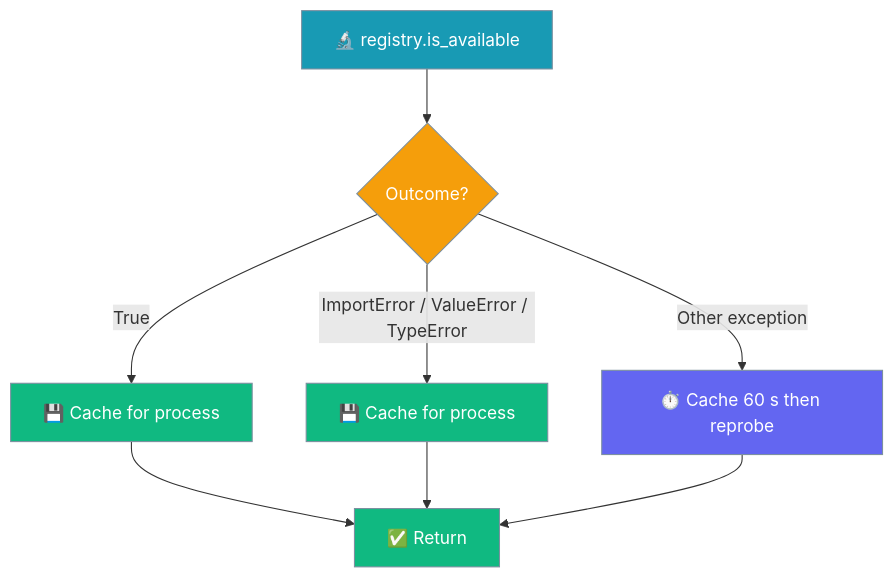
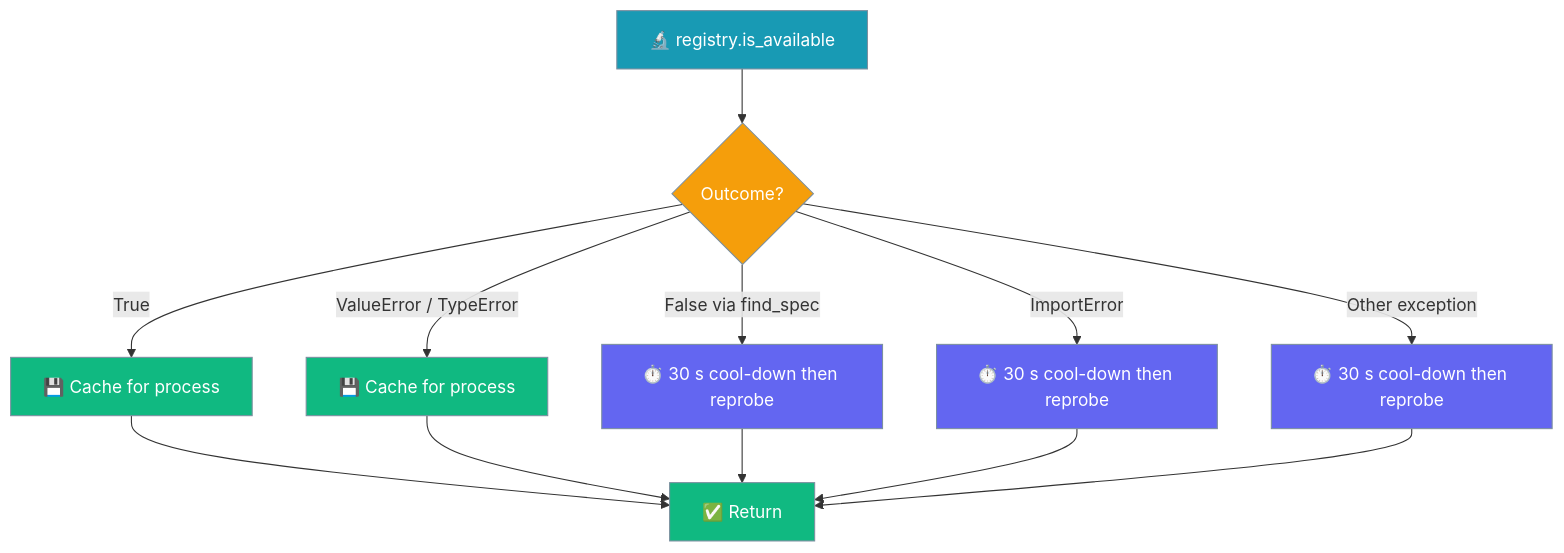
One commit to MervinPraison/PraisonAIDocs changed the third of 3 diagrams in docs/features/framework-availability.mdx. Above: the diagram before and after it, drawn with Mermaid. The commit also changed other lines of this file and 2 other files, not shown here.

````diff
--- a/docs/features/framework-availability.mdx
+++ b/docs/features/framework-availability.mdx
@@ -227,21 +229,25 @@
 ```mermaid
 graph TB
     Probe[🔬 registry.is_available] --> Result{Outcome?}
     Result -->|True| Perm1[💾 Cache for process]
-    Result -->|ImportError / ValueError / TypeError| Perm2[💾 Cache for process]
-    Result -->|Other exception| TTL[⏱️ Cache 60 s then reprobe]
+    Result -->|False via find_spec| TTL1[⏱️ 30 s cool-down then reprobe]
+    Result -->|ImportError| TTL2[⏱️ 30 s cool-down then reprobe]
+    Result -->|ValueError / TypeError| Perm2[💾 Cache for process]
+    Result -->|Other exception| TTL3[⏱️ 30 s cool-down then reprobe]
     Perm1 --> Return[✅ Return]
     Perm2 --> Return
-    TTL --> Return
+    TTL1 --> Return
+    TTL2 --> Return
+    TTL3 --> Return
 
     classDef process fill:#189AB4,stroke:#7C90A0,color:#fff
     classDef decision fill:#F59E0B,stroke:#7C90A0,color:#fff
     classDef result fill:#10B981,stroke:#7C90A0,color:#fff
     classDef ttl fill:#6366F1,stroke:#7C90A0,color:#fff
 
     class Probe process
     class Result decision
     class Perm1,Perm2 result
-    class TTL ttl
+    class TTL1,TTL2,TTL3 ttl
     class Return result
 ```
````
